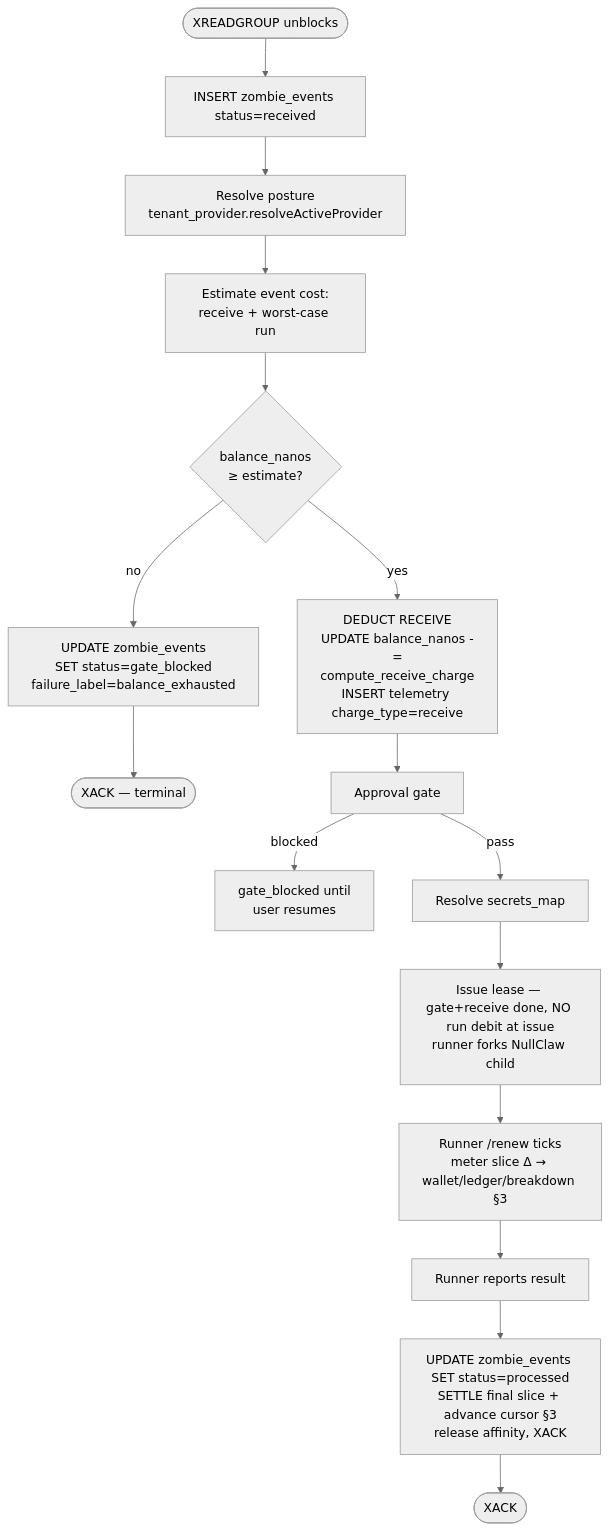
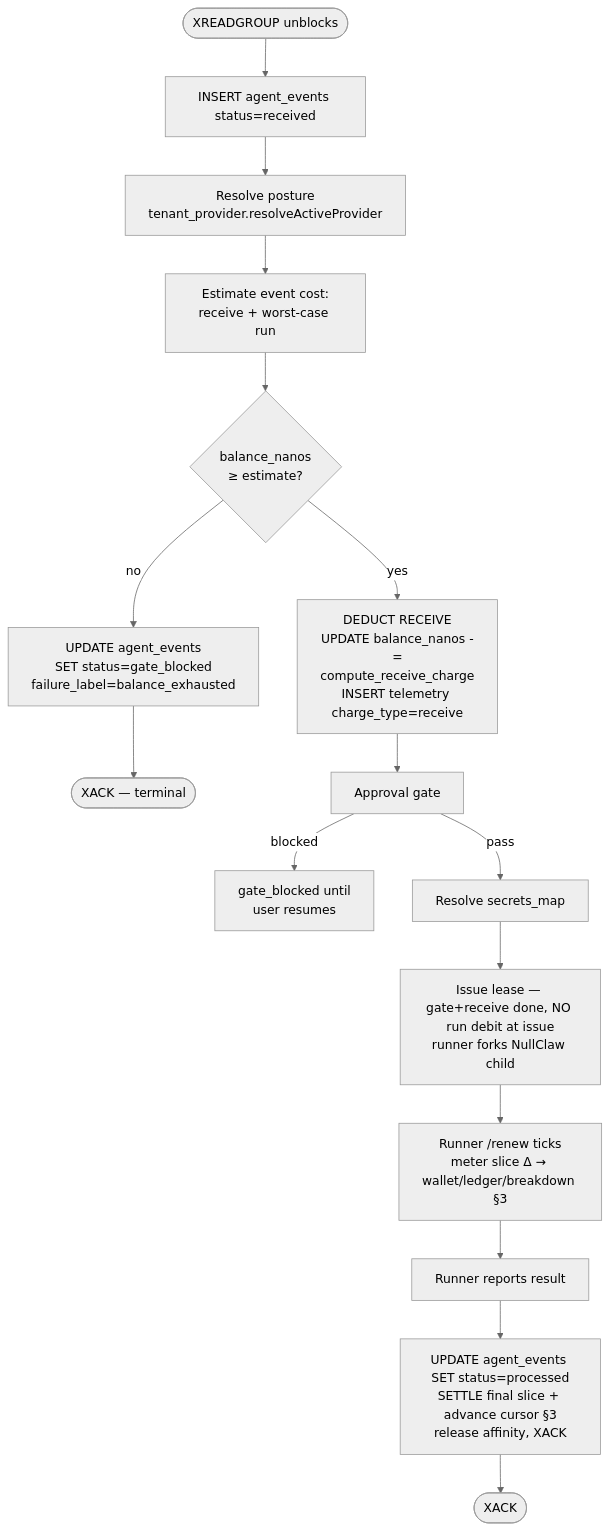
Before and after one commit to agentsfleet/agentsfleet: the diagram in docs/architecture/billing_and_provider_keys.md, drawn with Mermaid (neutral theme). The commit also changed other lines of this file and 209 other files, not shown here.

````diff
--- a/docs/architecture/billing_and_provider_keys.md
+++ b/docs/architecture/billing_and_provider_keys.md
@@ -199,18 +199,18 @@
 ```mermaid
 flowchart TD
-    A([XREADGROUP unblocks]) --> B[INSERT zombie_events status=received]
+    A([XREADGROUP unblocks]) --> B[INSERT agent_events status=received]
     B --> C[Resolve posture<br/>tenant_provider.resolveActiveProvider]
     C --> D[Estimate event cost:<br/>receive + worst-case run]
     D --> E{balance_nanos<br/>≥ estimate?}
-    E -->|no| Block[UPDATE zombie_events<br/>SET status=gate_blocked<br/>failure_label=balance_exhausted]
+    E -->|no| Block[UPDATE agent_events<br/>SET status=gate_blocked<br/>failure_label=balance_exhausted]
     Block --> X1([XACK — terminal])
     E -->|yes| F[DEDUCT RECEIVE<br/>UPDATE balance_nanos -=<br/>compute_receive_charge<br/>INSERT telemetry charge_type=receive]
     F --> G[Approval gate]
     G -->|blocked| Wait[gate_blocked until<br/>user resumes]
     G -->|pass| H[Resolve secrets_map]
     H --> J[Issue lease — gate+receive done, NO run debit at issue<br/>runner forks NullClaw child]
     J --> Renew[Runner /renew ticks<br/>meter slice Δ → wallet/ledger/breakdown §3]
     Renew --> K[Runner reports result]
-    K --> L[UPDATE zombie_events SET status=processed<br/>SETTLE final slice + advance cursor §3<br/>release affinity, XACK]
+    K --> L[UPDATE agent_events SET status=processed<br/>SETTLE final slice + advance cursor §3<br/>release affinity, XACK]
     L --> X2([XACK])
 ```
````
